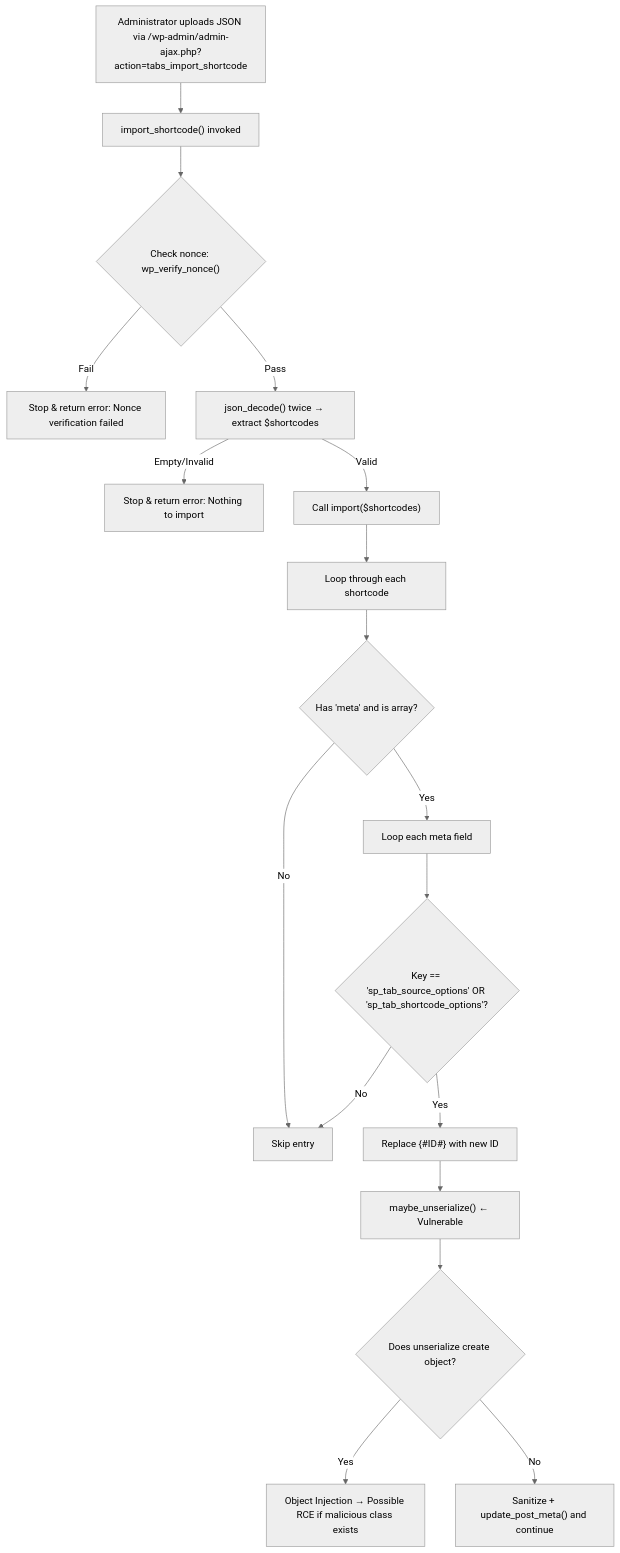
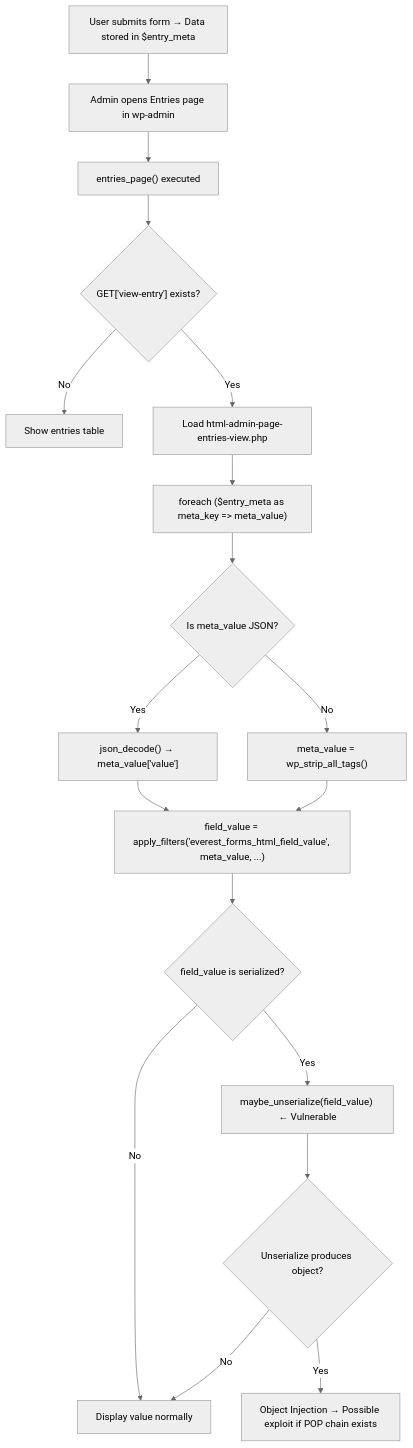
Before and after one commit to w41bu1/w41bu1.github.io: the diagram in content/posts/2025-11-25-CVE-2025-3439/index.vi.md, drawn with Mermaid (neutral theme). The commit also changed other lines of this file and 284 other files, not shown here.

```diff
--- a/content/posts/2025-11-25-CVE-2025-3439/index.vi.md
+++ b/content/posts/2025-11-25-CVE-2025-3439/index.vi.md
@@ -195,28 +156,26 @@
 {{< mermaid >}}
 graph TD
 
-A["Administrator uploads JSON via /wp-admin/admin-ajax.php?action=tabs_import_shortcode"] --> B["import_shortcode() invoked"]
+A["User submits form → Data stored in $entry_meta"] --> B["Admin opens Entries page in wp-admin"]
+B --> C["entries_page() executed"]
+C --> D{"GET['view-entry'] exists?"}
+D -->|No| Z["Show entries table"]
+D -->|Yes| E["Load html-admin-page-entries-view.php"]
 
-B --> C{"Check nonce: wp_verify_nonce()"}
-C -->|Fail| X["Stop & return error: Nonce verification failed"]
-C -->|Pass| D["json_decode() twice → extract $shortcodes"]
+E --> F["foreach ($entry_meta as meta_key => meta_value)"]
+F --> G{"Is meta_value JSON?"}
+G -->|Yes| H["json_decode() → meta_value['value']"]
+G -->|No| I["meta_value = wp_strip_all_tags()"]
 
-D -->|Empty/Invalid| Y["Stop & return error: Nothing to import"]
-D -->|Valid| E["Call import($shortcodes)"]
+H --> J["field_value = apply_filters('everest_forms_html_field_value', meta_value, ...)"]
+I --> J
 
-E --> F["Loop through each shortcode"]
-F --> H{"Has 'meta' and is array?"}
-H -->|No| Z["Skip entry"]
-H -->|Yes| I["Loop each meta field"]
+J --> K{"field_value is serialized?"}
+K -->|No| L["Display value normally"]
+K -->|Yes| M["maybe_unserialize(field_value) ← Vulnerable"]
 
-I --> J{"Key == 'sp_tab_source_options' OR 'sp_tab_shortcode_options'?"}
-J -->|No| Z
-J -->|Yes| K["Replace {#ID#} with new ID"]
-
-K --> L["maybe_unserialize() ← Vulnerable"]
-
-L --> M{"Does unserialize create object?"}
-M -->|Yes| R["Object Injection → Possible RCE if malicious class exists"]
-M -->|No| S["Sanitize + update_post_meta() and continue"]
+M --> N{"Unserialize produces object?"}
+N -->|Yes| R["Object Injection → Possible exploit if POP chain exists"]
+N -->|No| L
 
 {{< /mermaid >}}
```
